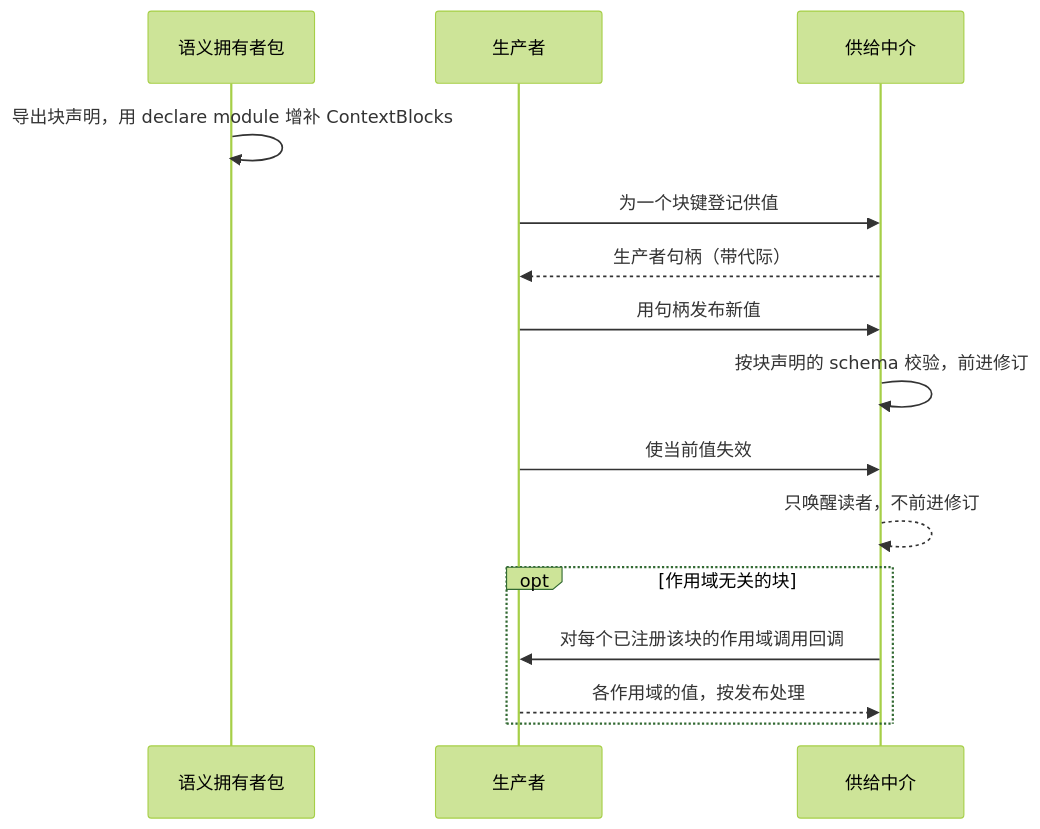
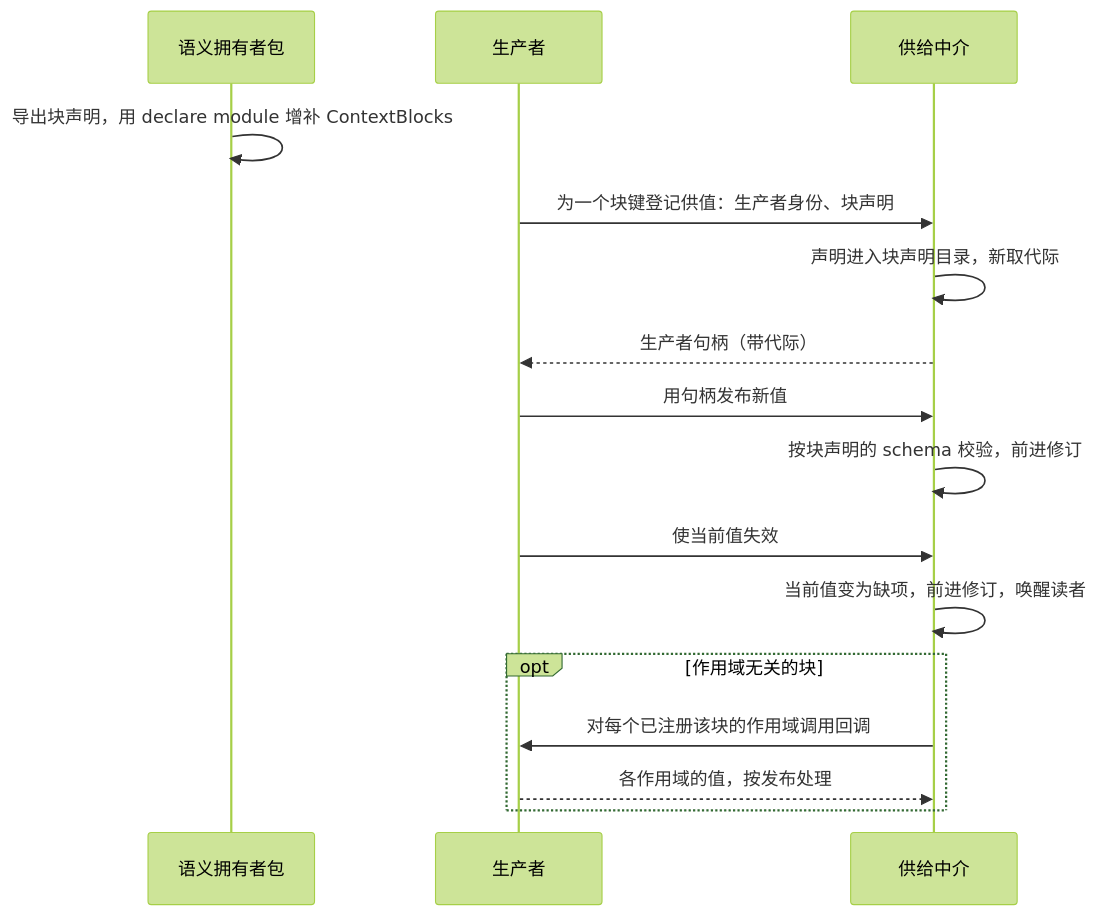
One commit to nemori-ai/omne-harness-lite changed the first of 8 diagrams in packages/context/runtime-context-contract/docs/flows.md. Above: the diagram before and after it, drawn with Mermaid (forest theme). The commit also changed other lines of this file and 68 other files, not shown here.

````diff
--- a/packages/context/runtime-context-contract/docs/flows.md
+++ b/packages/context/runtime-context-contract/docs/flows.md
@@ -17,17 +17,18 @@
 ```mermaid
 sequenceDiagram
   participant O as 语义拥有者包
   participant P as 生产者
   participant M as 供给中介
   O->>O: 导出块声明，用 declare module 增补 ContextBlocks
-  P->>M: 为一个块键登记供值
+  P->>M: 为一个块键登记供值：生产者身份、块声明
+  M->>M: 声明进入块声明目录，新取代际
   M-->>P: 生产者句柄（带代际）
   P->>M: 用句柄发布新值
   M->>M: 按块声明的 schema 校验，前进修订
   P->>M: 使当前值失效
-  M-->>M: 只唤醒读者，不前进修订
+  M->>M: 当前值变为缺项，前进修订，唤醒读者
   opt 作用域无关的块
     M->>P: 对每个已注册该块的作用域调用回调
     P-->>M: 各作用域的值，按发布处理
   end
 ```
````
